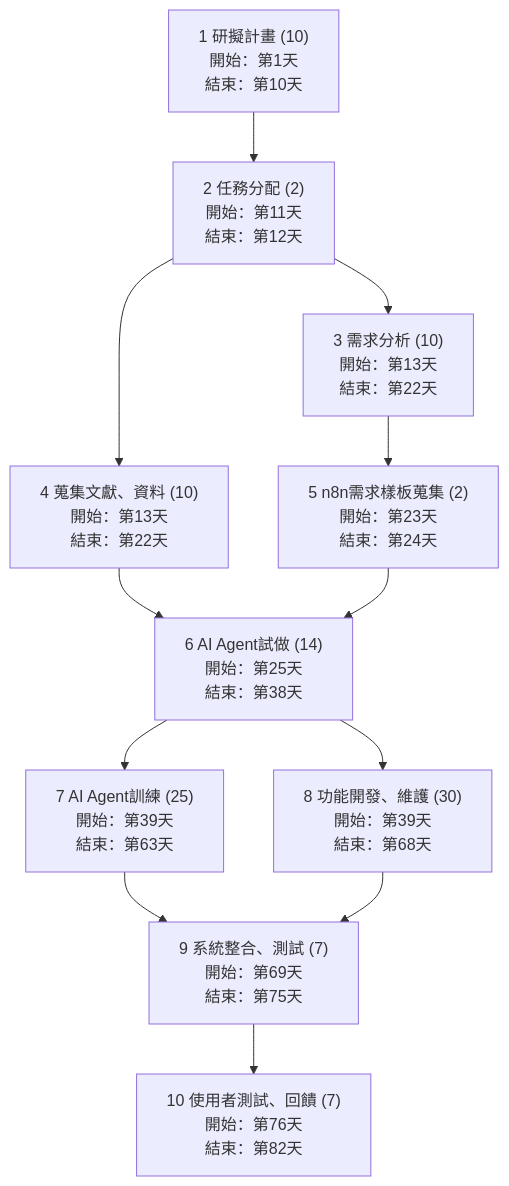
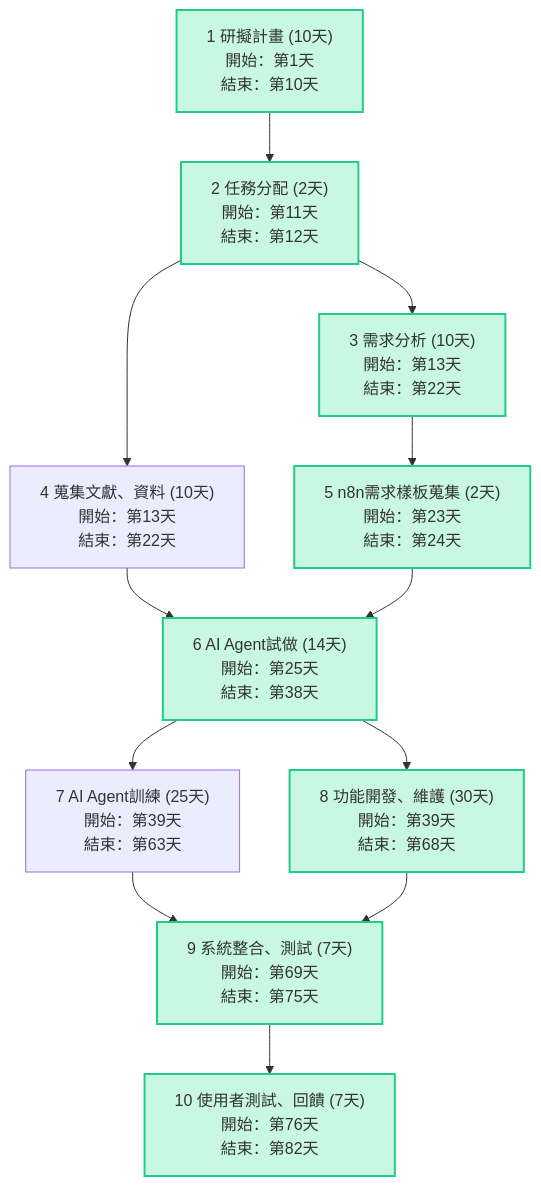
Before and after one commit to zombie942018/groupwork: the second of 2 diagrams in GHW_2.md, drawn with Mermaid. The commit also changed other lines of this file, not shown here.

````diff
--- a/GHW_2.md
+++ b/GHW_2.md
@@ -29,40 +53,44 @@
 ```mermaid
 graph TD
-    T1["1 研擬計畫 (10)
+    T1["1 研擬計畫 (10天)
       開始：第1天
-      結束：第10天"] --> T2["2 任務分配 (2)
+      結束：第10天"] --> T2["2 任務分配 (2天)
       開始：第11天
       結束：第12天"]
-    T2 --> T3["3 需求分析 (10)
+    T2 --> T3["3 需求分析 (10天)
               開始：第13天
               結束：第22天"]
 
-    T2 --> T4["4 蒐集文獻、資料 (10)
+    T2 --> T4["4 蒐集文獻、資料 (10天)
               開始：第13天
               結束：第22天"]
 
-    T3 --> T5["5 n8n需求樣板蒐集 (2)
+    T3 --> T5["5 n8n需求樣板蒐集 (2天)
               開始：第23天
               結束：第24天"]
 
-    T4 --> T6["6 AI Agent試做 (14)
+    T4 --> T6["6 AI Agent試做 (14天)
               開始：第25天
               結束：第38天"]
     T5 --> T6
 
-    T6 --> T7["7 AI Agent訓練 (25)
+    T6 --> T7["7 AI Agent訓練 (25天)
               開始：第39天
               結束：第63天"]
-    T6 --> T8["8 功能開發、維護 (30)
+    T6 --> T8["8 功能開發、維護 (30天)
               開始：第39天
               結束：第68天"]
 
-    T7 --> T9["9 系統整合、測試 (7)
+    T7 --> T9["9 系統整合、測試 (7天)
               開始：第69天
               結束：第75天"]
     T8 --> T9
 
-    T9 --> T10["10 使用者測試、回饋 (7)
+    T9 --> T10["10 使用者測試、回饋 (7天)
                 開始：第76天
                 結束：第82天"]
+    
+    classDef crit fill:#c8f7e3,stroke:#2c8,stroke-width:2px;
+    class T1,T2,T3,T5,T6,T8,T9,T10 crit;
+    
 ```
````
